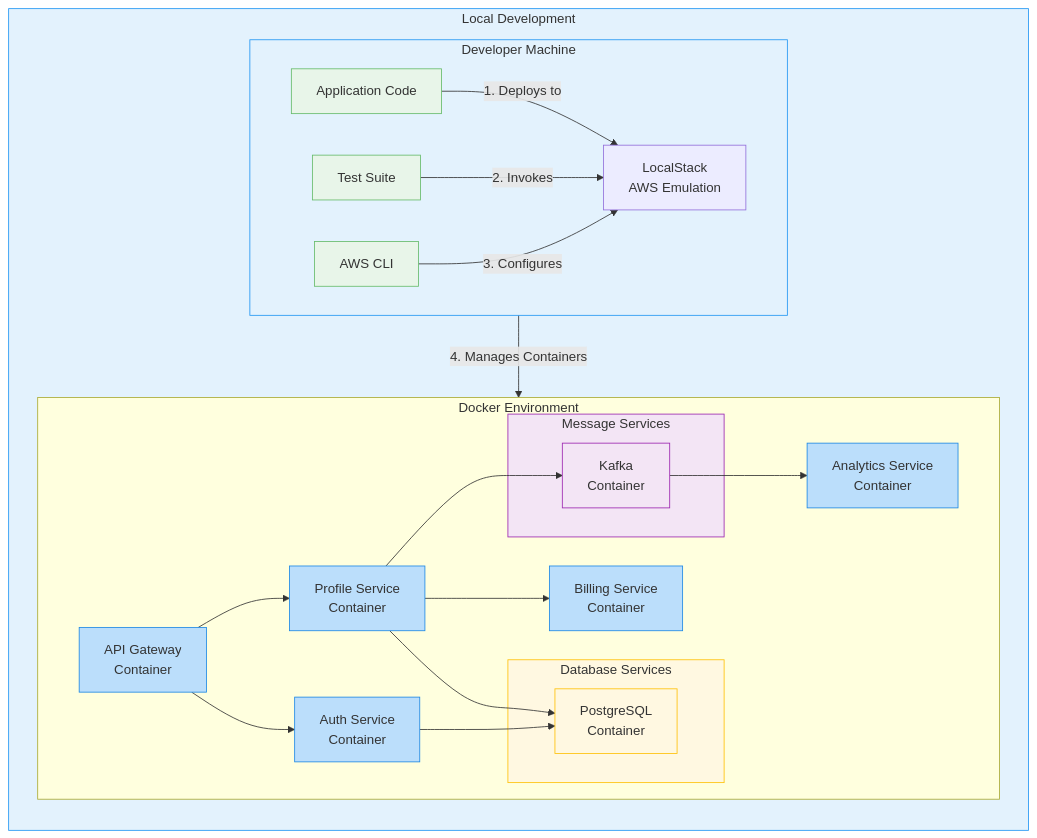
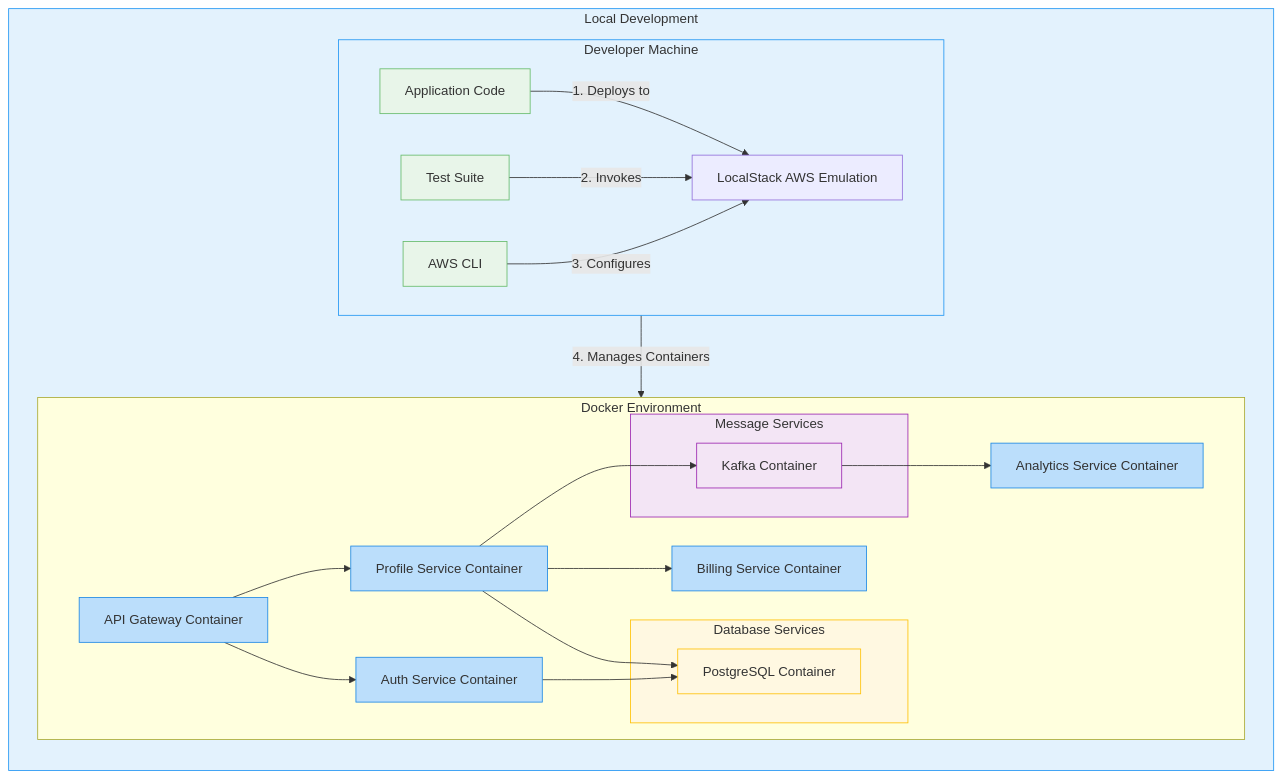
Before and after one commit to PritiAryal/MediCore: the second of 2 diagrams in infrastructure/README.md, drawn with Mermaid. The commit also changed 1 other file, not shown here.

````diff
--- a/infrastructure/README.md
+++ b/infrastructure/README.md
@@ -218,52 +218,52 @@
 ```mermaid
 flowchart TB
                     subgraph Local[Local Development]
                         direction TB
                         
                         subgraph IDE[Developer Machine]
                             direction LR
-                            Code[Application Code] -->|"1. Deploys to"| LocalStack[LocalStack\nAWS Emulation]
-                            Tests[Test Suite] -->|"2. Invokes"| LocalStack
-                            CLI[AWS CLI] -->|"3. Configures"| LocalStack
+                            Code[Application Code] -->|1. Deploys to| LocalStack[LocalStack AWS Emulation]
+                            Tests[Test Suite] -->|2. Invokes| LocalStack
+                            CLI[AWS CLI] -->|3. Configures| LocalStack
                         end
                         
                         subgraph DockerEnv[Docker Environment]
-                            APIGW[API Gateway\nContainer]
-                            AUTH[Auth Service\nContainer]
-                            PROFILE[Profile Service\nContainer]
-                            BILLING[Billing Service\nContainer]
-                            ANALYTICS[Analytics Service\nContainer]
+                            APIGW[API Gateway Container]
+                            AUTH[Auth Service Container]
+                            PROFILE[Profile Service Container]
+                            BILLING[Billing Service Container]
+                            ANALYTICS[Analytics Service Container]
                             
                             subgraph DB[Database Services]
-                                POSTGRES[PostgreSQL\nContainer]
+                                POSTGRES[PostgreSQL Container]
                             end
                             
                             subgraph MSG[Message Services]
-                                KAFKA[Kafka\nContainer]
+                                KAFKA[Kafka Container]
                             end
                         end
                         
                         LocalStack -->|"4. Manages Containers"| DockerEnv
                         
                         %% Service Connections
                         APIGW --> AUTH
                         APIGW --> PROFILE
                         PROFILE --> BILLING
                         PROFILE --> KAFKA
                         KAFKA --> ANALYTICS
                         AUTH --> POSTGRES
                         PROFILE --> POSTGRES
                     end
                     
                     classDef dev fill:#e3f2fd,stroke:#2196f3;
                     classDef container fill:#bbdefb,stroke:#1e88e5;
                     classDef db fill:#fff8e1,stroke:#ffc107;
                     classDef msg fill:#f3e5f5,stroke:#9c27b0;
                     classDef tool fill:#e8f5e9,stroke:#66bb6a;
                     
                     class Local,IDE dev;
                     class APIGW,AUTH,PROFILE,BILLING,ANALYTICS container;
                     class DB,POSTGRES db;
                     class MSG,KAFKA msg;
                     class Code,Tests,CLI tool;
 ```
````
